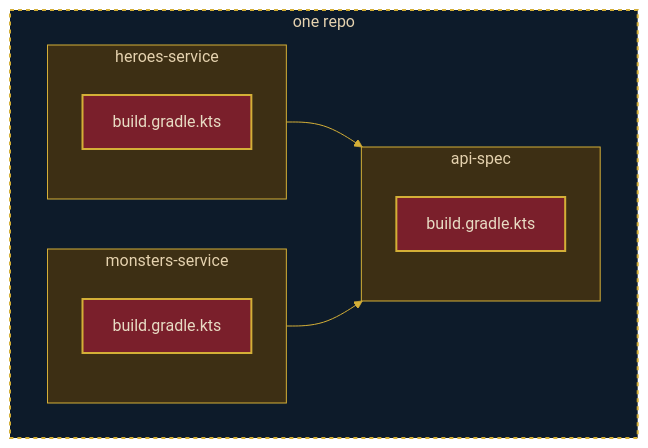
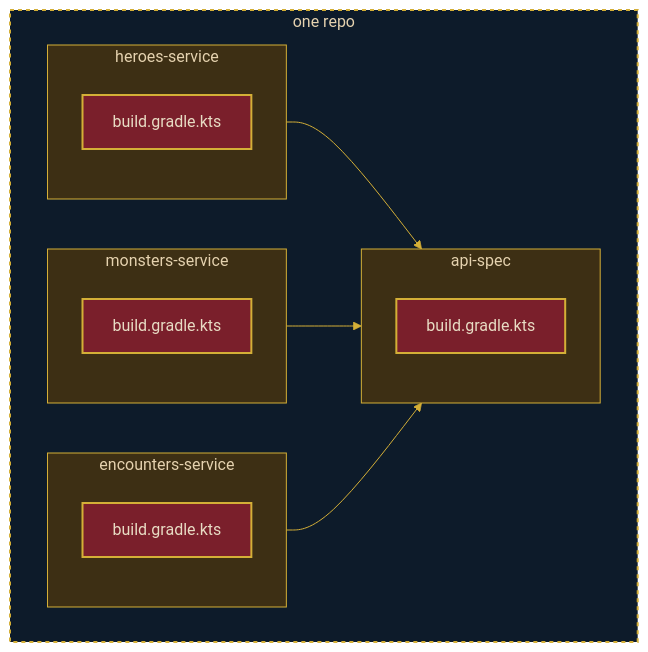
The diagram in slides/pages/02-setting-sail.md (Marthijs-Berfelo/the-gradle-odyssey), drawn with Mermaid before and after one commit. The commit also changed other lines of this file and 4 other files, not shown here.

````diff
--- a/slides/pages/02-setting-sail.md
+++ b/slides/pages/02-setting-sail.md
@@ -35,30 +37,35 @@
 ```mermaid {scale: 0.95}
 %%{init: {'theme': 'base', 'themeVariables': {
   'primaryColor': '#3d2f14',
   'primaryTextColor': '#e8dcc4',
   'primaryBorderColor': '#d4af37',
   'lineColor': '#d4af37',
   'edgeLabelBackground': '#0d1b2a',
   'fontFamily': 'Georgia, serif'
 }}}%%
 flowchart LR
     subgraph repo["one repo"]
         direction LR
         subgraph h["heroes-service"]
             hb["build.gradle.kts"]:::config
         end
         subgraph m["monsters-service"]
             mb["build.gradle.kts"]:::config
         end
+        subgraph e["encounters-service"]
+            eb["build.gradle.kts"]:::config
+        end
         subgraph a["api-spec"]
             ab["build.gradle.kts"]:::config
         end
         h --> a
         m --> a
+        e --> a
     end
     style repo fill:#0d1b2a,stroke:#d4af37,stroke-width:2px,stroke-dasharray:4 4
     style h fill:#3d2f14,stroke:#d4af37,stroke-width:1px
     style m fill:#3d2f14,stroke:#d4af37,stroke-width:1px
+    style e fill:#3d2f14,stroke:#d4af37,stroke-width:1px
     style a fill:#3d2f14,stroke:#d4af37,stroke-width:1px
     classDef config fill:#7a1f2b,stroke:#d4af37,stroke-width:2px,color:#e8dcc4
 ```
````
